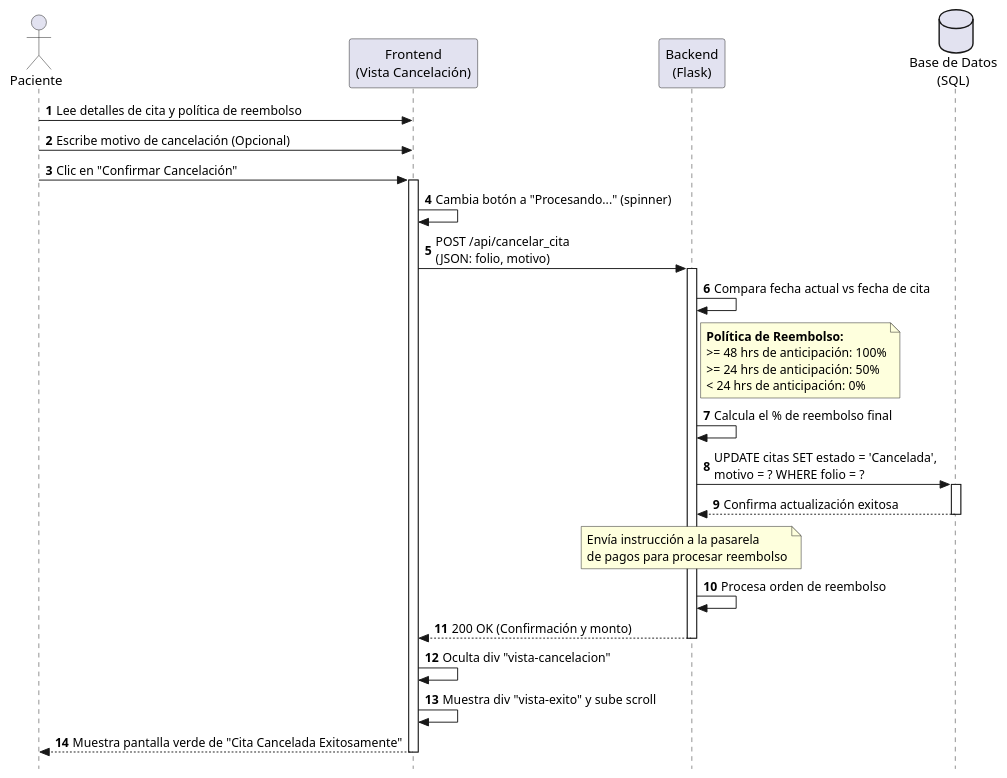
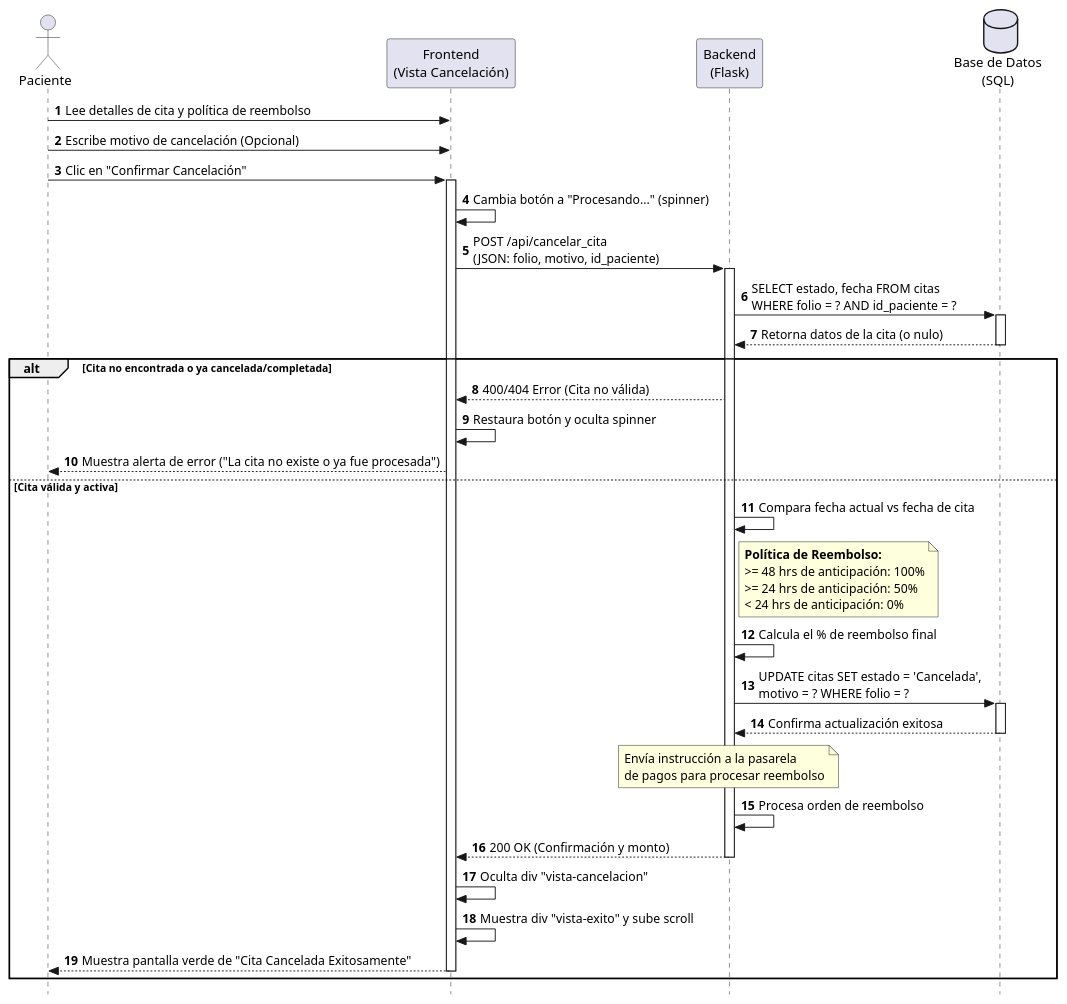
The diagram in DiagramasSecuencia/Paciente/CancelarCita.puml (AlgorithmQuantum/Proyecto), drawn with PlantUML before and after one commit. The commit also changed 11 other files, not shown here.

Commit message:
correciones del los diagramas

```diff
--- a/DiagramasSecuencia/Paciente/CancelarCita.puml
+++ b/DiagramasSecuencia/Paciente/CancelarCita.puml
@@ -1,47 +1,60 @@
 @startuml Paciente
 skinparam style strictuml
 autonumber
 
 actor Paciente
 participant "Frontend\n(Vista Cancelación)" as UI
 participant "Backend\n(Flask)" as Flask
 database "Base de Datos\n(SQL)" as BD
 
 Paciente -> UI: Lee detalles de cita y política de reembolso
 Paciente -> UI: Escribe motivo de cancelación (Opcional)
 Paciente -> UI: Clic en "Confirmar Cancelación"
 
 activate UI
 UI -> UI: Cambia botón a "Procesando..." (spinner)
 
-UI -> Flask: POST /api/cancelar_cita\n(JSON: folio, motivo)
+UI -> Flask: POST /api/cancelar_cita\n(JSON: folio, motivo, id_paciente)
 activate Flask
 
-Flask -> Flask: Compara fecha actual vs fecha de cita
-
-note right of Flask
-  **Política de Reembolso:**
-  >= 48 hrs de anticipación: 100%
-  >= 24 hrs de anticipación: 50%
-  < 24 hrs de anticipación: 0%
-end note
-
-Flask -> Flask: Calcula el % de reembolso final
-
-Flask -> BD: UPDATE citas SET estado = 'Cancelada', \nmotivo = ? WHERE folio = ?
+' Validación inicial de la cita
+Flask -> BD: SELECT estado, fecha FROM citas \nWHERE folio = ? AND id_paciente = ?
 activate BD
-BD --> Flask: Confirma actualización exitosa
+BD --> Flask: Retorna datos de la cita (o nulo)
 deactivate BD
 
-note over Flask: Envía instrucción a la pasarela\nde pagos para procesar reembolso
-Flask -> Flask: Procesa orden de reembolso
+alt Cita no encontrada o ya cancelada/completada
+    Flask --> UI: 400/404 Error (Cita no válida)
+    UI -> UI: Restaura botón y oculta spinner
+    UI --> Paciente: Muestra alerta de error ("La cita no existe o ya fue procesada")
 
-Flask --> UI: 200 OK (Confirmación y monto)
-deactivate Flask
+else Cita válida y activa
+    Flask -> Flask: Compara fecha actual vs fecha de cita
 
-UI -> UI: Oculta div "vista-cancelacion"
-UI -> UI: Muestra div "vista-exito" y sube scroll
-UI --> Paciente: Muestra pantalla verde de "Cita Cancelada Exitosamente"
-deactivate UI
+    note right of Flask
+      **Política de Reembolso:**
+      >= 48 hrs de anticipación: 100%
+      >= 24 hrs de anticipación: 50%
+      < 24 hrs de anticipación: 0%
+    end note
+
+    Flask -> Flask: Calcula el % de reembolso final
+
+    Flask -> BD: UPDATE citas SET estado = 'Cancelada', \nmotivo = ? WHERE folio = ?
+    activate BD
+    BD --> Flask: Confirma actualización exitosa
+    deactivate BD
+
+    note over Flask: Envía instrucción a la pasarela\nde pagos para procesar reembolso
+    Flask -> Flask: Procesa orden de reembolso
+
+    Flask --> UI: 200 OK (Confirmación y monto)
+    deactivate Flask
+
+    UI -> UI: Oculta div "vista-cancelacion"
+    UI -> UI: Muestra div "vista-exito" y sube scroll
+    UI --> Paciente: Muestra pantalla verde de "Cita Cancelada Exitosamente"
+    deactivate UI
+end
 
 @enduml
```
